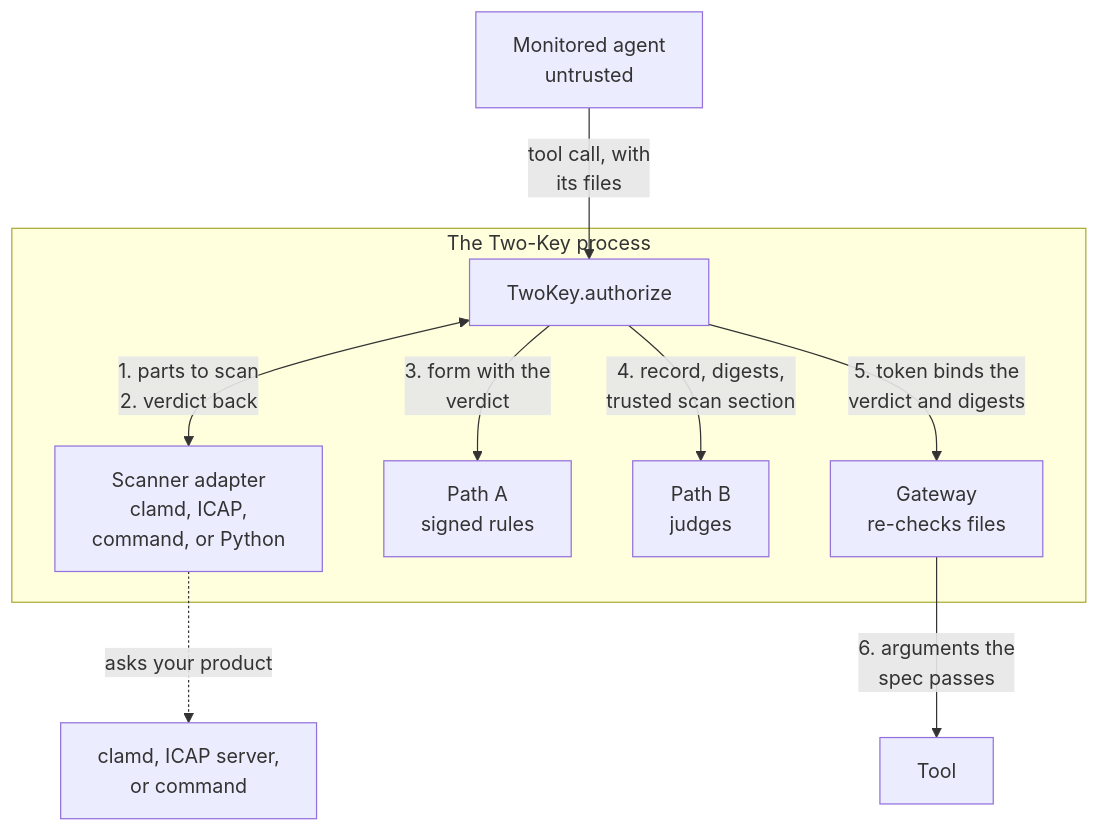
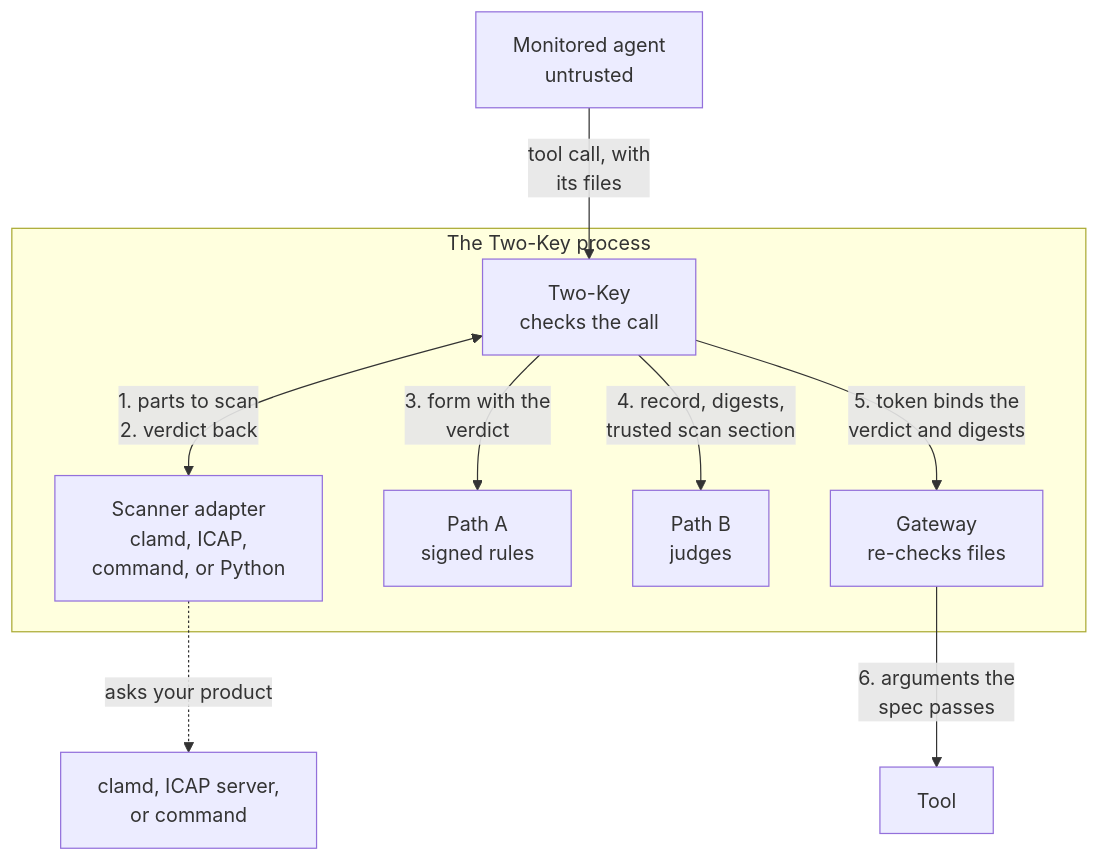
The first of 6 diagrams in docs/SCANNERS.md (Insomniac-VibeLabs/two-key), drawn with Mermaid before and after one commit. The commit also changed 7 other files, not shown here.

First line of the commit message:
Docs: diagram labels use plain words instead of code names

````diff
--- a/docs/SCANNERS.md
+++ b/docs/SCANNERS.md
@@ -68,12 +68,12 @@
 ```mermaid
 flowchart TD
   agent["Monitored agent<br/>untrusted"] -- "tool call, with<br/>its files" --> tk
   subgraph process["The Two-Key process"]
-    tk["TwoKey.authorize"] <-- "1. parts to scan<br/>2. verdict back" --> scanner["Scanner adapter<br/>clamd, ICAP,<br/>command, or Python"]
+    tk["Two-Key<br/>checks the call"] <-- "1. parts to scan<br/>2. verdict back" --> scanner["Scanner adapter<br/>clamd, ICAP,<br/>command, or Python"]
     tk -- "3. form with the<br/>verdict" --> pathA["Path A<br/>signed rules"]
     tk -- "4. record, digests,<br/>trusted scan section" --> pathB["Path B<br/>judges"]
     tk -- "5. token binds the<br/>verdict and digests" --> gw["Gateway<br/>re-checks files"]
   end
   scanner -. "asks your product" .-> product["clamd, ICAP server,<br/>or command"]
   gw -- "6. arguments the<br/>spec passes" --> tool["Tool"]
 ```
````
